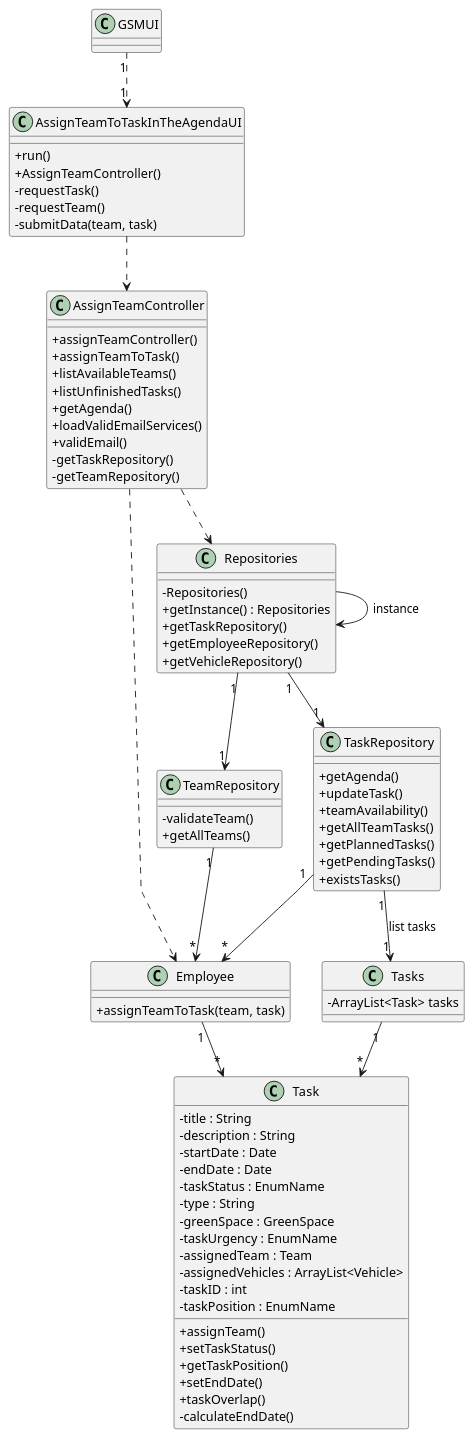
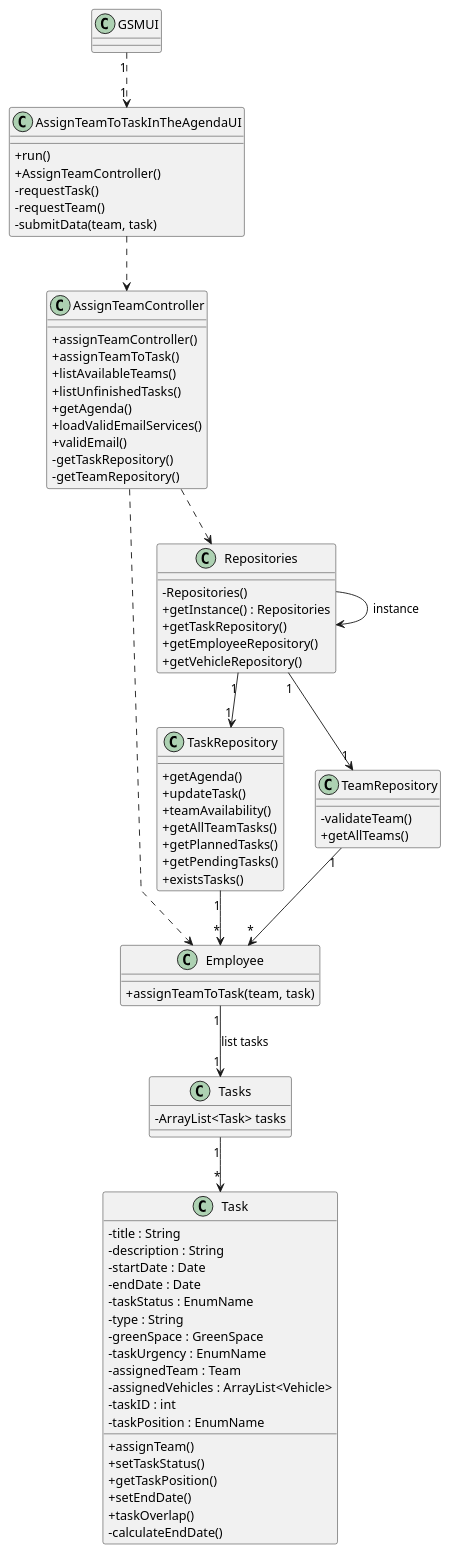
The diagram in docs/sprintC/US023/03.design/puml/us023-class-diagram.puml (LopemigueISEP/lei-24-s2-1nb-g312), drawn with PlantUML before and after one commit.

Commit message:
#4 update to class diagram to correct listing tasks

```diff
--- a/docs/sprintC/US023/03.design/puml/us023-class-diagram.puml
+++ b/docs/sprintC/US023/03.design/puml/us023-class-diagram.puml
@@ -1,117 +1,117 @@
 @startuml
 'skinparam monochrome true
 skinparam packageStyle rectangle
 skinparam shadowing false
 skinparam linetype polyline
 'skinparam linetype orto
 
 skinparam classAttributeIconSize 0
 
 'left to right direction
 
 class GSMUI{
 }
 
 class AssignTeamToTaskInTheAgendaUI{
 +run()
 +AssignTeamController()
 -requestTask()
 -requestTeam()
 -submitData(team, task)
 }
 
 class AssignTeamController{
 +assignTeamController()
 +assignTeamToTask()
 +listAvailableTeams()
 +listUnfinishedTasks()
 +getAgenda()
 +loadValidEmailServices()
 +validEmail()
 -getTaskRepository()
 -getTeamRepository()
 }
 
 class Employee {
 +assignTeamToTask(team, task)
 }
 
 class Task{
 -title : String
 -description : String
 -startDate : Date
 -endDate : Date
 -taskStatus : EnumName
 -type : String
 -greenSpace : GreenSpace
 -taskUrgency : EnumName
 -assignedTeam : Team
 -assignedVehicles : ArrayList<Vehicle>
 -taskID : int
 -taskPosition : EnumName
 
 +assignTeam()
 +setTaskStatus()
 +getTaskPosition()
 +setEndDate()
 +taskOverlap()
 -calculateEndDate()
 
 }
 
 class TaskRepository {
 +getAgenda()
 +updateTask()
 +teamAvailability()
 +getAllTeamTasks()
 +getPlannedTasks()
 +getPendingTasks()
 +existsTasks()
 }
 
 class TeamRepository{
 -validateTeam()
 +getAllTeams()
 }
 
 class Repositories {
     - Repositories()
     + getInstance() : Repositories
     + getTaskRepository()
     + getEmployeeRepository()
     + getVehicleRepository()
 
 }
 
 class Tasks {
 -ArrayList<Task> tasks
 }
 
 
 
 GSMUI "1" ..> "1" AssignTeamToTaskInTheAgendaUI
 
 Repositories --> Repositories : instance
 
 
 AssignTeamToTaskInTheAgendaUI ..> AssignTeamController
 
 AssignTeamController ..> Repositories
 
 
 Repositories "1"--> "1" TaskRepository
 Repositories "1"--> "1" TeamRepository
 
 TaskRepository "1"--> "*" Employee
 TeamRepository "1"--> "*" Employee
 
-Employee "1" --> "*"Task
+
 
 
 AssignTeamController ..> Employee
 
-TaskRepository "1" --> "1" Tasks : list tasks
+Employee "1" --> "1" Tasks : list tasks
 Tasks "1" --> "*" Task
 
 
 @enduml
```
